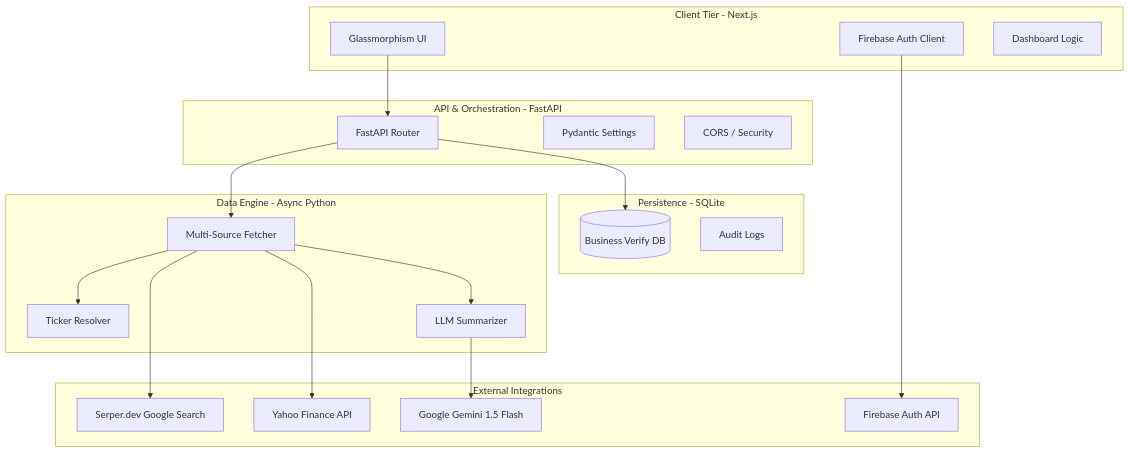
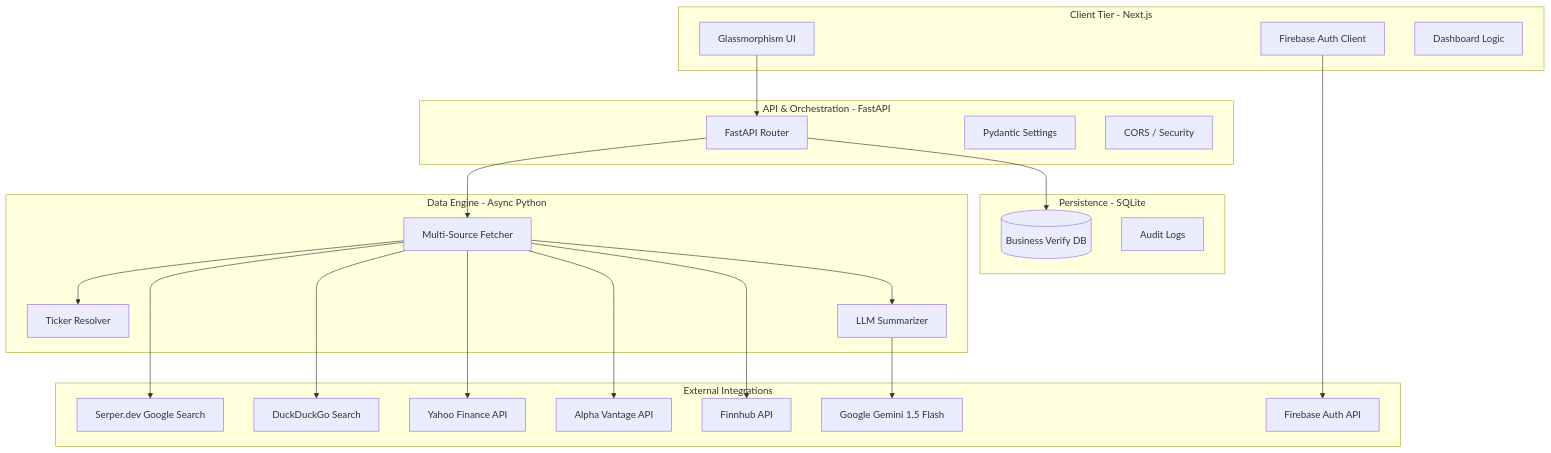
The diagram in ARCHITECTURE.md (Nischal0258/Business-Verifier), drawn with Mermaid before and after one commit. The commit also changed other lines of this file and 5 other files, not shown here.

Commit message:
added AlphaVantage and FInhub alternatives of Yahoofinance

````diff
--- a/ARCHITECTURE.md
+++ b/ARCHITECTURE.md
@@ -12,42 +12,48 @@
 ```mermaid
 graph TD
     subgraph Client_Tier [Client Tier - Next.js]
         UI[Glassmorphism UI]
         Auth_Client[Firebase Auth Client]
         Dashboard[Dashboard Logic]
     end
 
     subgraph API_Gateway [API & Orchestration - FastAPI]
         Router[FastAPI Router]
         Config[Pydantic Settings]
         Middleware[CORS / Security]
     end
 
     subgraph Data_Engine [Data Engine - Async Python]
         Fetcher[Multi-Source Fetcher]
         TickerResolver[Ticker Resolver]
         Summarizer[LLM Summarizer]
     end
 
     subgraph Persistence_Layer [Persistence - SQLite]
         DB[(Business Verify DB)]
         AuditLogs[Audit Logs]
     end
 
     subgraph External_Integrations [External Integrations]
         Firebase[Firebase Auth API]
         Gemini[Google Gemini 1.5 Flash]
         Serper[Serper.dev Google Search]
+        DuckDuckGo[DuckDuckGo Search]
         yFinance[Yahoo Finance API]
+        AlphaVantage[Alpha Vantage API]
+        Finnhub[Finnhub API]
     end
 
     UI --> Router
     Auth_Client --> Firebase
     Router --> Fetcher
     Fetcher --> TickerResolver
     Fetcher --> Serper
+    Fetcher --> DuckDuckGo
     Fetcher --> yFinance
+    Fetcher --> AlphaVantage
+    Fetcher --> Finnhub
     Fetcher --> Summarizer
     Summarizer --> Gemini
     Router --> DB
 ```
````
